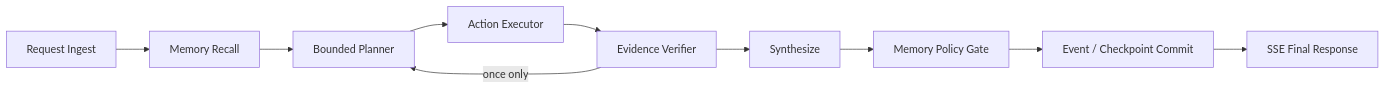
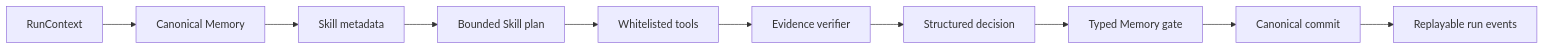
Before and after one commit to linqiaoyu/MerchantCopilot: the diagram in README.md, drawn with Mermaid. The commit also changed other lines of this file and 110 other files, not shown here.

Commit message:
build MerchantCopilot v3 memory-skill harness

````diff
--- a/README.md
+++ b/README.md
@@ -20,12 +26,12 @@
 ```mermaid
 flowchart LR
-  I[Request Ingest] --> R[Memory Recall]
-  R --> P[Bounded Planner]
-  P --> X[Action Executor]
-  X --> V[Evidence Verifier]
-  V -->|once only| P
-  V --> S[Synthesize]
-  S --> G[Memory Policy Gate]
-  G --> C[Event / Checkpoint Commit]
-  C --> O[SSE Final Response]
+  I[RunContext] --> R[Canonical Memory]
+  R --> K[Skill metadata]
+  K --> P[Bounded Skill plan]
+  P --> X[Whitelisted tools]
+  X --> V[Evidence verifier]
+  V --> S[Structured decision]
+  S --> G[Typed Memory gate]
+  G --> C[Canonical commit]
+  C --> O[Replayable run events]
 ```
````
